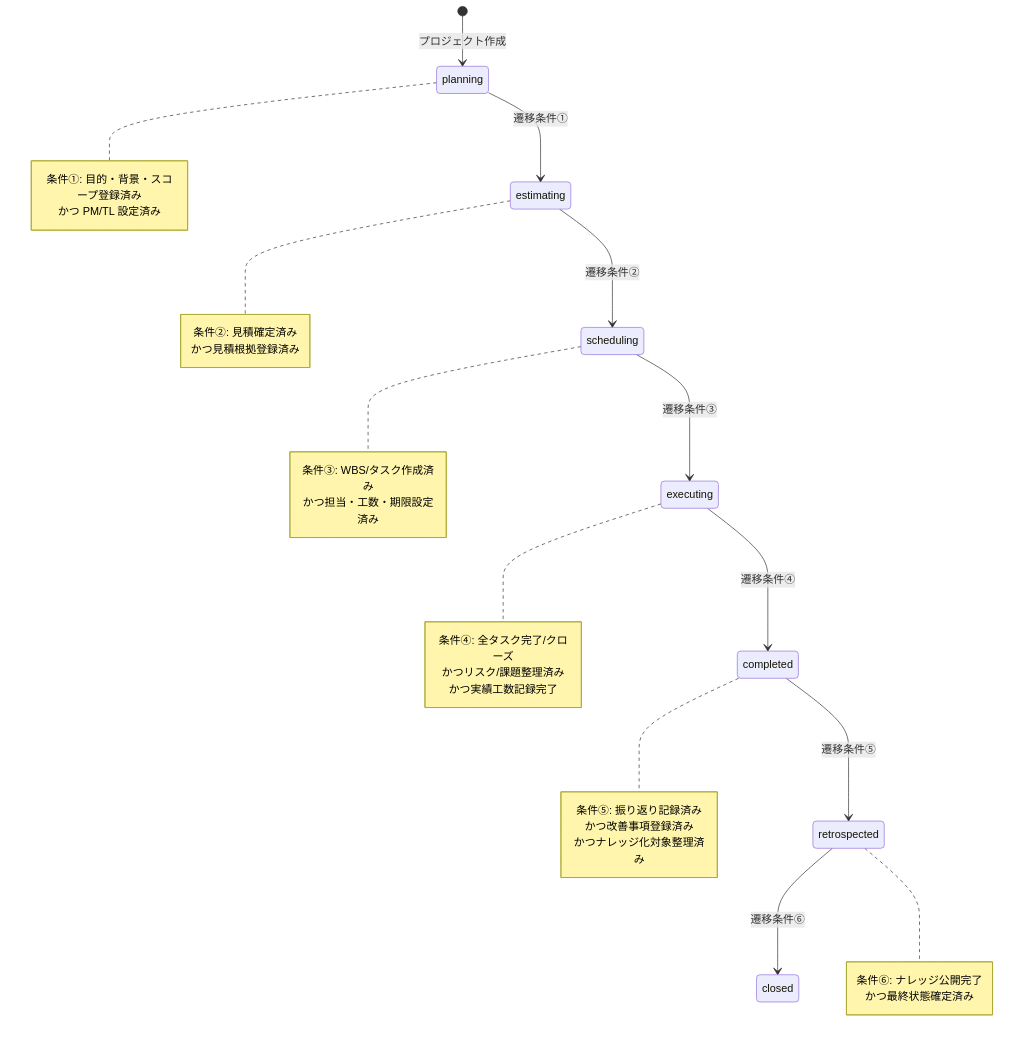
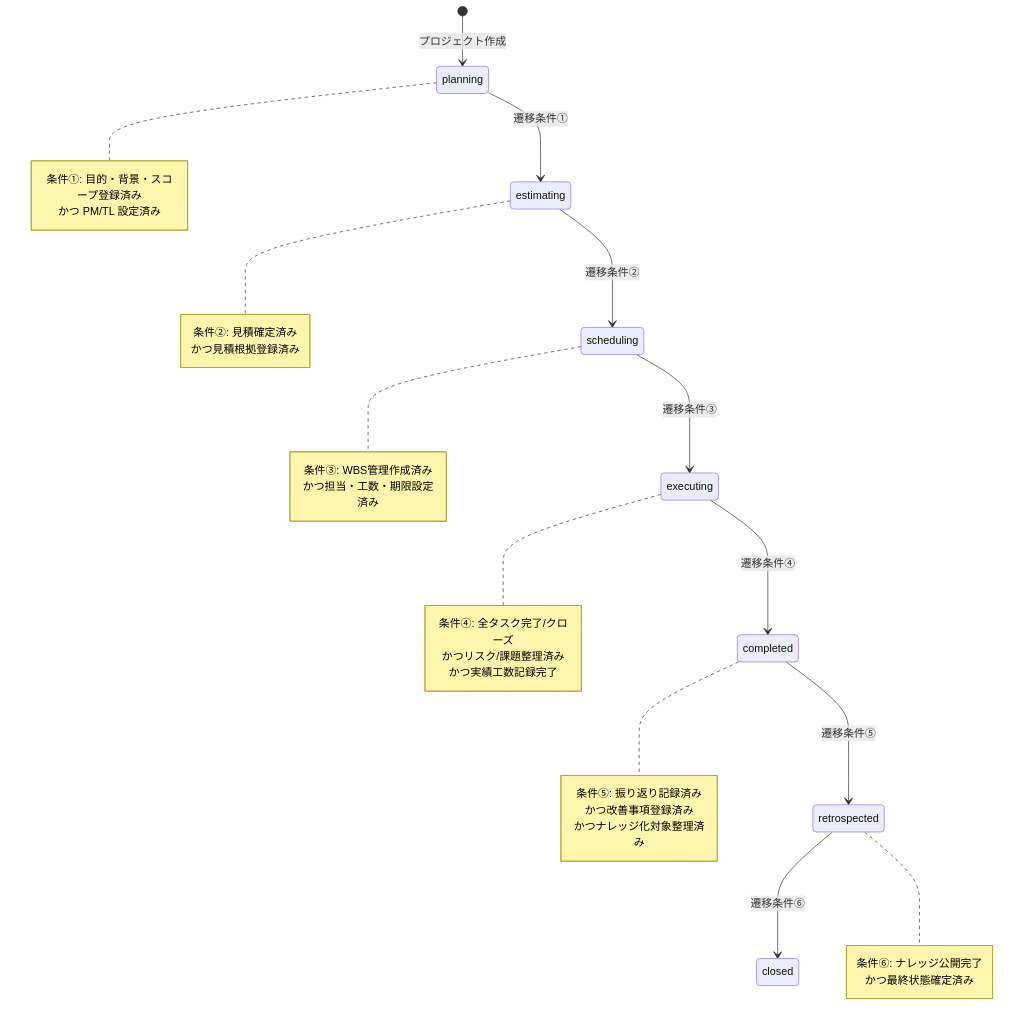
One commit to teppei19980914/BusinessManagementPlatform changed the third of 4 diagrams in docs/DESIGN.md. Above: the diagram before and after it, drawn with Mermaid. The commit also changed other lines of this file and 2 other files, not shown here.

````diff
--- a/docs/DESIGN.md
+++ b/docs/DESIGN.md
@@ -933,42 +934,42 @@
 ```mermaid
 stateDiagram-v2
     [*] --> planning: プロジェクト作成
     planning --> estimating: 遷移条件①
     estimating --> scheduling: 遷移条件②
     scheduling --> executing: 遷移条件③
     executing --> completed: 遷移条件④
     completed --> retrospected: 遷移条件⑤
     retrospected --> closed: 遷移条件⑥
 
     note right of planning
         条件①: 目的・背景・スコープ登録済み
         かつ PM/TL 設定済み
     end note
 
     note right of estimating
         条件②: 見積確定済み
         かつ見積根拠登録済み
     end note
 
     note right of scheduling
-        条件③: WBS/タスク作成済み
+        条件③: WBS管理作成済み
         かつ担当・工数・期限設定済み
     end note
 
     note right of executing
         条件④: 全タスク完了/クローズ
         かつリスク/課題整理済み
         かつ実績工数記録完了
     end note
 
     note right of completed
         条件⑤: 振り返り記録済み
         かつ改善事項登録済み
         かつナレッジ化対象整理済み
     end note
 
     note right of retrospected
         条件⑥: ナレッジ公開完了
         かつ最終状態確定済み
     end note
 ```
````
